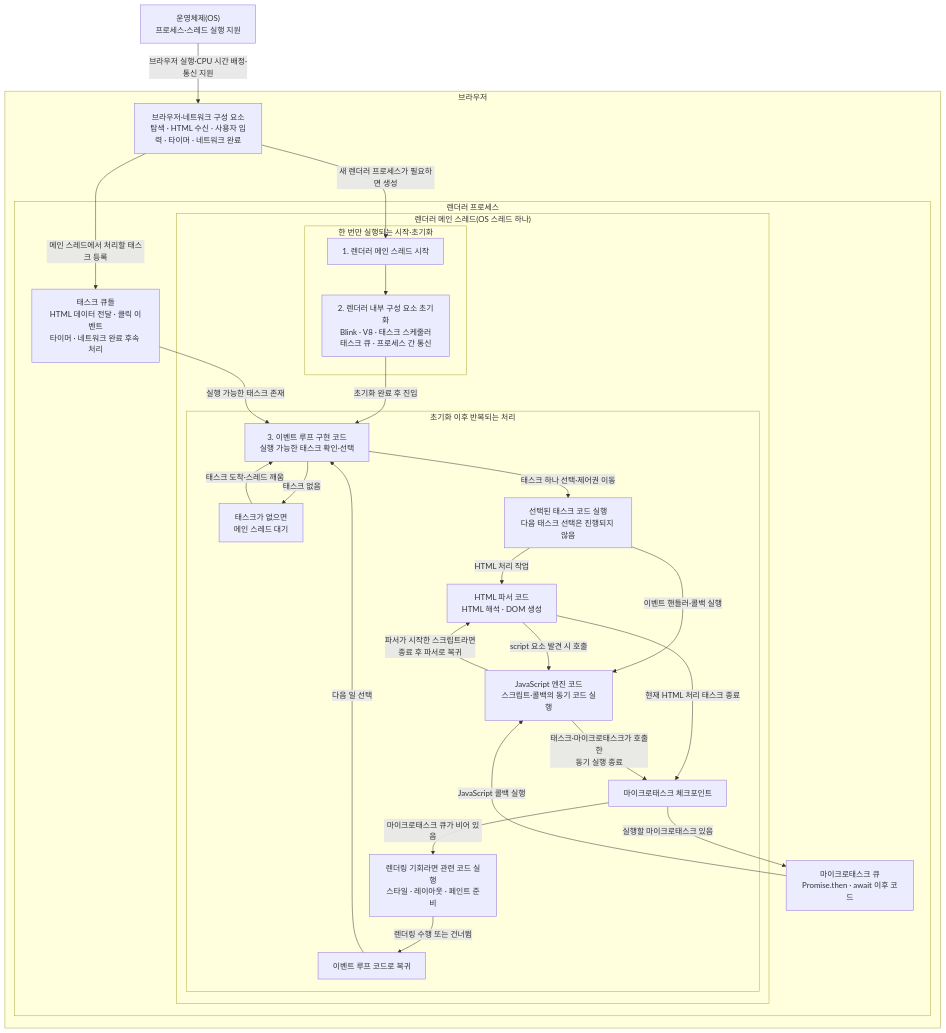
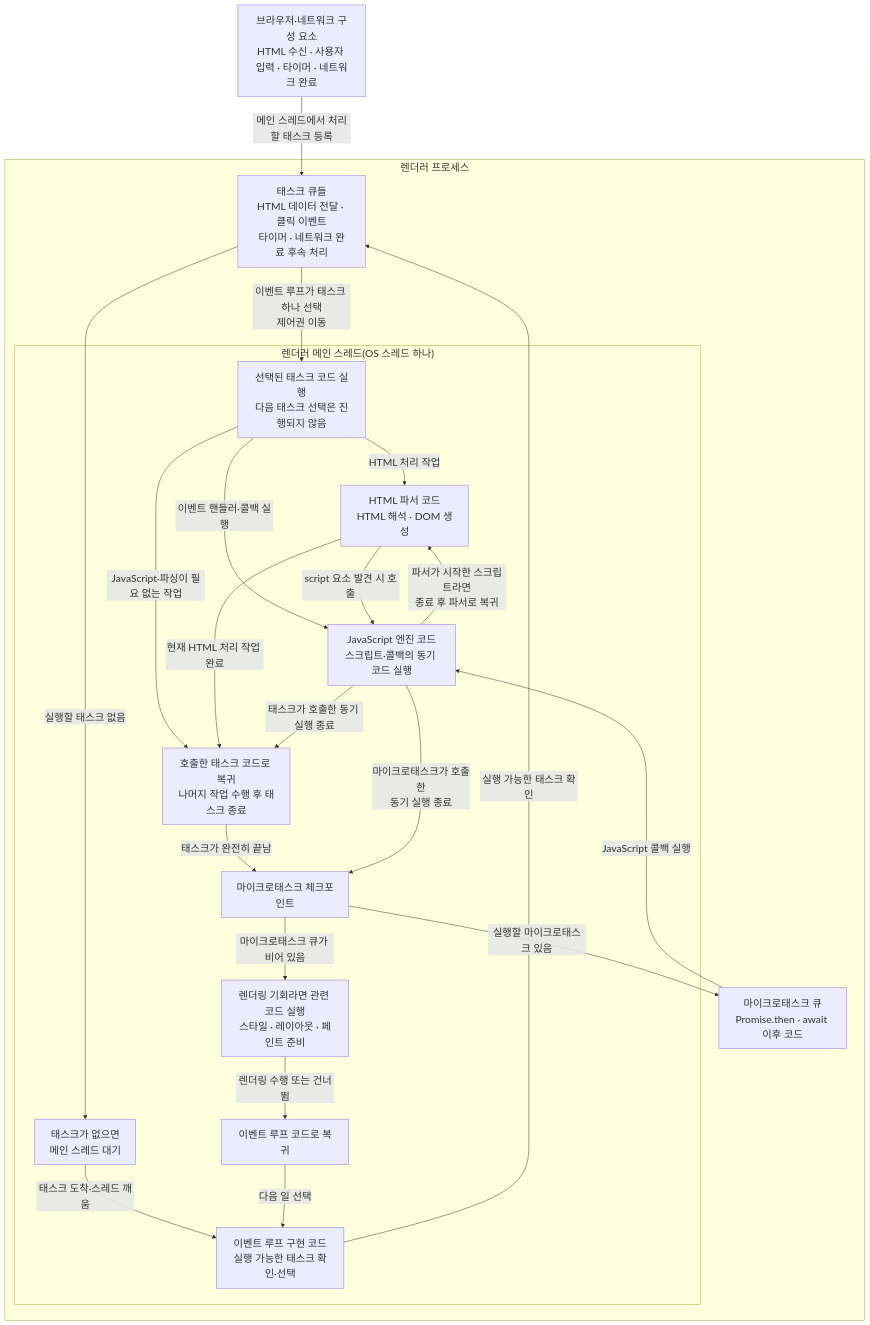
The second of 2 diagrams in docs/frontend-study/06-main-thread-call-stack-and-event-loop.md (lee-gimoon/futures-paper-trading), drawn with Mermaid before and after one commit. The commit also changed other lines of this file, not shown here.

Commit message:
docs: clarify event loop queues and control flow

````diff
--- a/docs/frontend-study/06-main-thread-call-stack-and-event-loop.md
+++ b/docs/frontend-study/06-main-thread-call-stack-and-event-loop.md
@@ -19,53 +52,42 @@
 ```mermaid
+%%{init: {"themeVariables": {"fontSize": "21px"}, "flowchart": {"nodeSpacing": 55, "rankSpacing": 65}}}%%
 flowchart TB
-  OS["운영체제(OS)<br/>프로세스·스레드 실행 지원"]
+  COMPONENTS["브라우저·네트워크 구성 요소<br/>HTML 수신 · 사용자 입력 · 타이머 · 네트워크 완료"]
 
-  subgraph BROWSER["브라우저"]
-    COMPONENTS["브라우저·네트워크 구성 요소<br/>탐색 · HTML 수신 · 사용자 입력 · 타이머 · 네트워크 완료"]
+  subgraph RENDERER["렌더러 프로세스"]
+    TQ["태스크 큐들<br/>HTML 데이터 전달 · 클릭 이벤트<br/>타이머 · 네트워크 완료 후속 처리"]
+    MQ["마이크로태스크 큐<br/>Promise.then · await 이후 코드"]
 
-    subgraph RENDERER["렌더러 프로세스"]
-      TQ["태스크 큐들<br/>HTML 데이터 전달 · 클릭 이벤트<br/>타이머 · 네트워크 완료 후속 처리"]
-      MQ["마이크로태스크 큐<br/>Promise.then · await 이후 코드"]
-
-      subgraph MAIN["렌더러 메인 스레드(OS 스레드 하나)"]
-        subgraph ONCE["한 번만 실행되는 시작·초기화"]
-          START["1. 렌더러 메인 스레드 시작"]
-          INIT["2. 렌더러 내부 구성 요소 초기화<br/>Blink · V8 · 태스크 스케줄러<br/>태스크 큐 · 프로세스 간 통신"]
-        end
-
-        subgraph REPEAT["초기화 이후 반복되는 처리"]
-          EL["3. 이벤트 루프 구현 코드<br/>실행 가능한 태스크 확인·선택"]
-          WAIT["태스크가 없으면<br/>메인 스레드 대기"]
-          TASK["선택된 태스크 코드 실행<br/>다음 태스크 선택은 진행되지 않음"]
-          PARSER["HTML 파서 코드<br/>HTML 해석 · DOM 생성"]
-          JS["JavaScript 엔진 코드<br/>스크립트·콜백의 동기 코드 실행"]
-          CHECK["마이크로태스크 체크포인트"]
-          RENDER["렌더링 기회라면 관련 코드 실행<br/>스타일 · 레이아웃 · 페인트 준비"]
-          RETURN["이벤트 루프 코드로 복귀"]
-        end
-      end
+    subgraph MAIN["렌더러 메인 스레드(OS 스레드 하나)"]
+      EL["이벤트 루프 구현 코드<br/>실행 가능한 태스크 확인·선택"]
+      WAIT["태스크가 없으면<br/>메인 스레드 대기"]
+      TASK["선택된 태스크 코드 실행<br/>다음 태스크 선택은 진행되지 않음"]
+      PARSER["HTML 파서 코드<br/>HTML 해석 · DOM 생성"]
+      JS["JavaScript 엔진 코드<br/>스크립트·콜백의 동기 코드 실행"]
+      TASK_RETURN["호출한 태스크 코드로 복귀<br/>나머지 작업 수행 후 태스크 종료"]
+      CHECK["마이크로태스크 체크포인트"]
+      RENDER["렌더링 기회라면 관련 코드 실행<br/>스타일 · 레이아웃 · 페인트 준비"]
+      RETURN["이벤트 루프 코드로 복귀"]
     end
   end
 
-  OS -->|"브라우저 실행·CPU 시간 배정·통신 지원"| COMPONENTS
-  COMPONENTS -->|"새 렌더러 프로세스가 필요하면 생성"| START
-  START --> INIT
-  INIT -->|"초기화 완료 후 진입"| EL
-
   COMPONENTS -->|"메인 스레드에서 처리할 태스크 등록"| TQ
-  TQ -->|"실행 가능한 태스크 존재"| EL
-  EL -->|"태스크 없음"| WAIT
+  EL -->|"실행 가능한 태스크 확인"| TQ
+  TQ -->|"실행할 태스크 없음"| WAIT
   WAIT -->|"태스크 도착·스레드 깨움"| EL
-  EL -->|"태스크 하나 선택·제어권 이동"| TASK
+  TQ -->|"이벤트 루프가 태스크 하나 선택<br/>제어권 이동"| TASK
   TASK -->|"HTML 처리 작업"| PARSER
   TASK -->|"이벤트 핸들러·콜백 실행"| JS
+  TASK -->|"JavaScript·파싱이 필요 없는 작업"| TASK_RETURN
   PARSER -->|"script 요소 발견 시 호출"| JS
   JS -->|"파서가 시작한 스크립트라면<br/>종료 후 파서로 복귀"| PARSER
-  PARSER -->|"현재 HTML 처리 태스크 종료"| CHECK
-  JS -->|"태스크·마이크로태스크가 호출한<br/>동기 실행 종료"| CHECK
+  PARSER -->|"현재 HTML 처리 작업 완료"| TASK_RETURN
+  JS -->|"태스크가 호출한 동기 실행 종료"| TASK_RETURN
+  TASK_RETURN -->|"태스크가 완전히 끝남"| CHECK
   CHECK -->|"실행할 마이크로태스크 있음"| MQ
   MQ -->|"JavaScript 콜백 실행"| JS
+  JS -->|"마이크로태스크가 호출한<br/>동기 실행 종료"| CHECK
   CHECK -->|"마이크로태스크 큐가 비어 있음"| RENDER
   RENDER -->|"렌더링 수행 또는 건너뜀"| RETURN
   RETURN -->|"다음 일 선택"| EL
 ```
````
